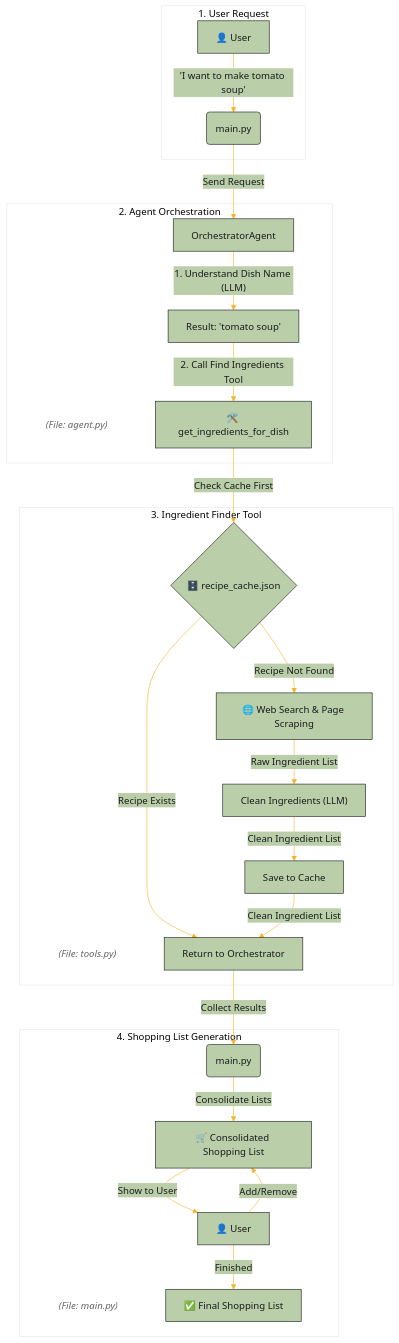
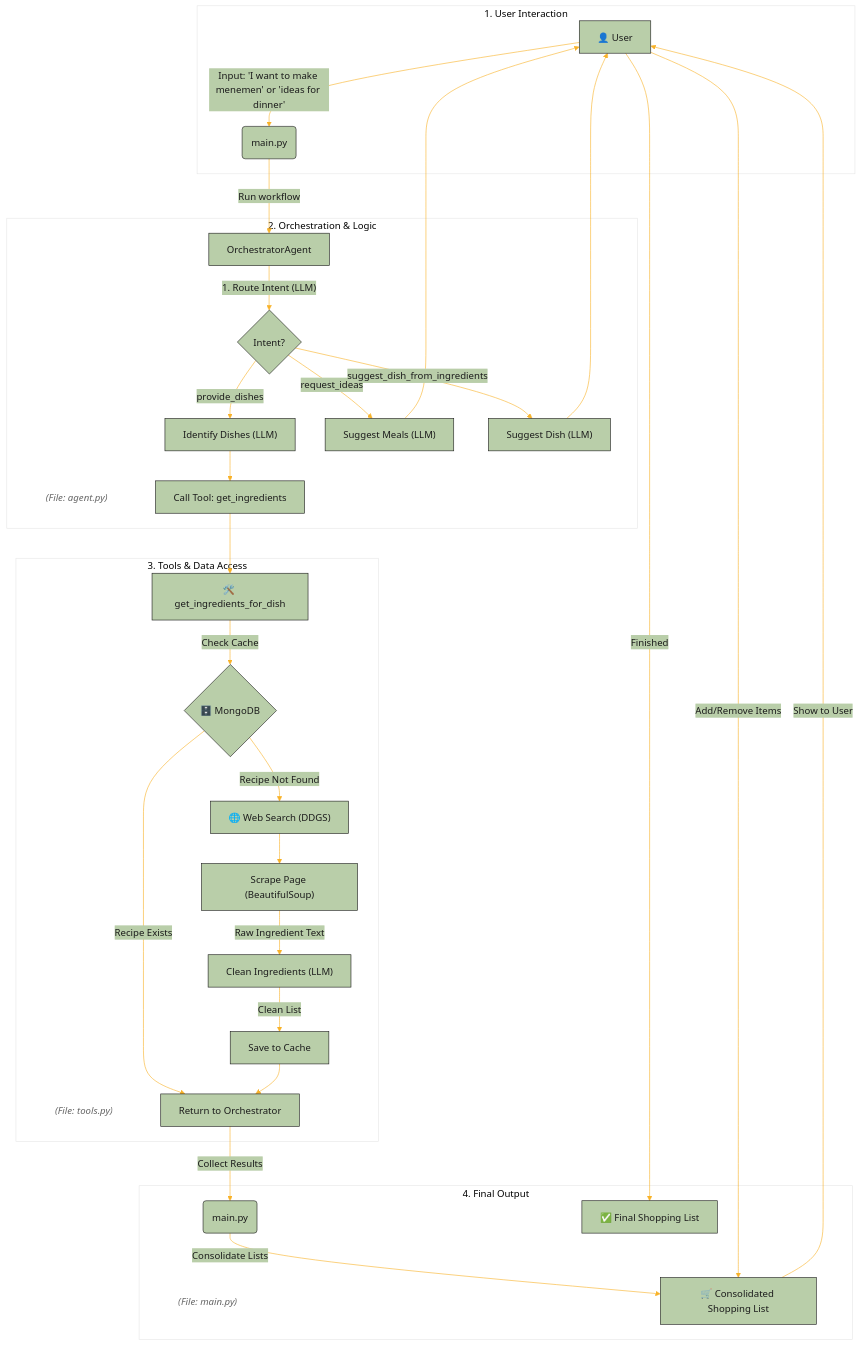
One commit to RidvnOlgn/ShoppingAssistantAIAgents changed the diagram in ARCHITECTURE.md. Above: the diagram before and after it, drawn with Mermaid. The commit also changed other lines of this file, not shown here.

Commit message:
architecture file updated

````diff
--- a/ARCHITECTURE.md
+++ b/ARCHITECTURE.md
@@ -5,52 +7,59 @@
 ```mermaid
 %%{
   init: {
     "theme": "base",
     "themeVariables": {
       "primaryColor": "#b9cea9",
       "primaryTextColor": "#1b1b1b",
       "primaryBorderColor": "#1b1b1b",
       "lineColor": "#F8B229",
       "secondaryColor": "#b9cea9",
       "tertiaryColor": "#ffffff"
     }
   }
 }%%
 
 graph TD
-    subgraph "1. User Request"
-        A[👤 User] -->|"'I want to make tomato soup'"| B(main.py);
+    subgraph "1. User Interaction"
+        A[👤 User] -->|"Input: 'I want to make menemen' or 'ideas for dinner'"| B(main.py);
     end
 
-    subgraph "2. Agent Orchestration"
+    subgraph "2. Orchestration & Logic"
         FileNode2["(File: agent.py)"];
         style FileNode2 fill:none,stroke:none,font-style:italic,color:#666;
         
-        B -->|"Send Request"| C[OrchestratorAgent];
-        C -->|"1. Understand Dish Name (LLM)"| D["Result: 'tomato soup'"];
-        D -->|"2. Call Find Ingredients Tool"| E[🛠️ get_ingredients_for_dish];
+        B -->|"Run workflow"| C[OrchestratorAgent];
+        C -->|"1. Route Intent (LLM)"| D{Intent?};
+        D -- "provide_dishes" --> E["Identify Dishes (LLM)"];
+        D -- "request_ideas" --> F["Suggest Meals (LLM)"];
+        D -- "suggest_dish_from_ingredients" --> G["Suggest Dish (LLM)"];
+        E --> H[Call Tool: get_ingredients];
+        F --> A;
+        G --> A;
     end
 
-    subgraph "3. Ingredient Finder Tool"
+    subgraph "3. Tools & Data Access"
         FileNode3["(File: tools.py)"];
         style FileNode3 fill:none,stroke:none,font-style:italic,color:#666;
 
-        E -->|"Check Cache First"| F{🗄️ recipe_cache.json};
-        F -- "Recipe Exists" --> G[Return to Orchestrator];
-        F -- "Recipe Not Found" --> H["🌐 Web Search & Page Scraping"];
-        H -->|"Raw Ingredient List"| I["Clean Ingredients (LLM)"];
-        I -->|"Clean Ingredient List"| J[Save to Cache];
-        J -->|"Clean Ingredient List"| G;
+        H --> I[🛠️ get_ingredients_for_dish];
+        I -->|"Check Cache"| J{🗄️ MongoDB};
+        J -- "Recipe Exists" --> K[Return to Orchestrator];
+        J -- "Recipe Not Found" --> L["🌐 Web Search (DDGS)"];
+        L --> M["Scrape Page (BeautifulSoup)"];
+        M -->|"Raw Ingredient Text"| N["Clean Ingredients (LLM)"];
+        N -->|"Clean List"| O[Save to Cache];
+        O --> K;
     end
 
-    subgraph "4. Shopping List Generation"
+    subgraph "4. Final Output"
         FileNode4["(File: main.py)"];
         style FileNode4 fill:none,stroke:none,font-style:italic,color:#666;
 
-        G -->|"Collect Results"| K(main.py);
-        K -->|"Consolidate Lists"| L[🛒 Consolidated Shopping List];
-        L -->|"Show to User"| M[👤 User];
-        M -->|"Add/Remove"| L;
-        M -- "Finished" --> N[✅ Final Shopping List];
+        K -->|"Collect Results"| P(main.py);
+        P -->|"Consolidate Lists"| Q[🛒 Consolidated Shopping List];
+        Q -->|"Show to User"| A;
+        A -->|"Add/Remove Items"| Q;
+        A -- "Finished" --> R[✅ Final Shopping List];
     end
 ```
````
